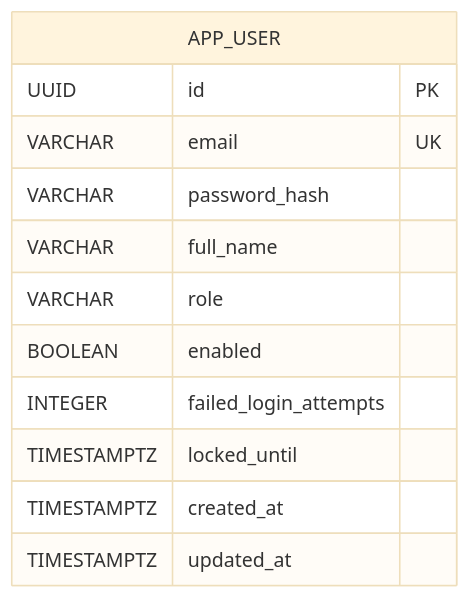
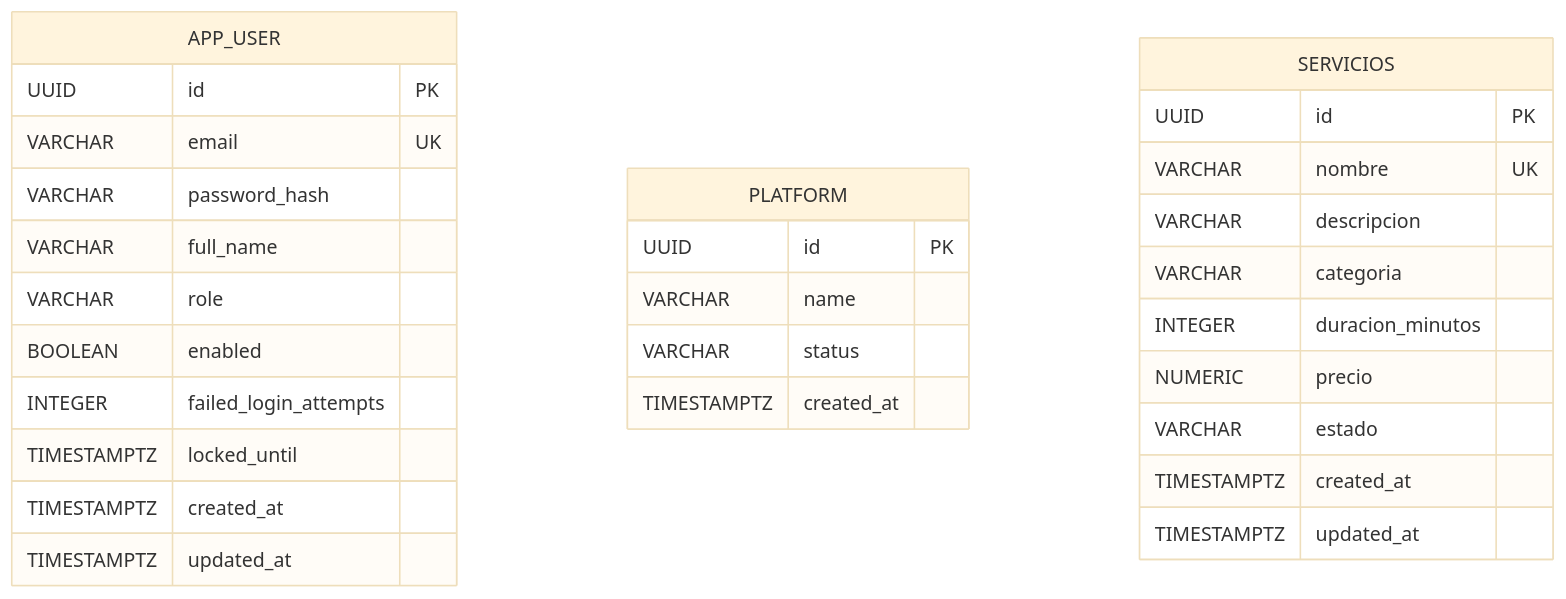
The diagram in README_BASE_DE_DATOS.md (Code-Factory-Bookly/backendcf), drawn with Mermaid (base theme) before and after one commit. The commit also changed other lines of this file and 26 other files, not shown here.

````diff
--- a/README_BASE_DE_DATOS.md
+++ b/README_BASE_DE_DATOS.md
@@ -13,15 +13,32 @@
 ```mermaid
 erDiagram
     APP_USER {
         UUID id PK
         VARCHAR email UK
         VARCHAR password_hash
         VARCHAR full_name
         VARCHAR role
         BOOLEAN enabled
         INTEGER failed_login_attempts
         TIMESTAMPTZ locked_until
         TIMESTAMPTZ created_at
         TIMESTAMPTZ updated_at
     }
+    PLATFORM {
+        UUID id PK
+        VARCHAR name
+        VARCHAR status
+        TIMESTAMPTZ created_at
+    }
+    SERVICIOS {
+        UUID id PK
+        VARCHAR nombre UK
+        VARCHAR descripcion
+        VARCHAR categoria
+        INTEGER duracion_minutos
+        NUMERIC precio
+        VARCHAR estado
+        TIMESTAMPTZ created_at
+        TIMESTAMPTZ updated_at
+    }
 ```
````
